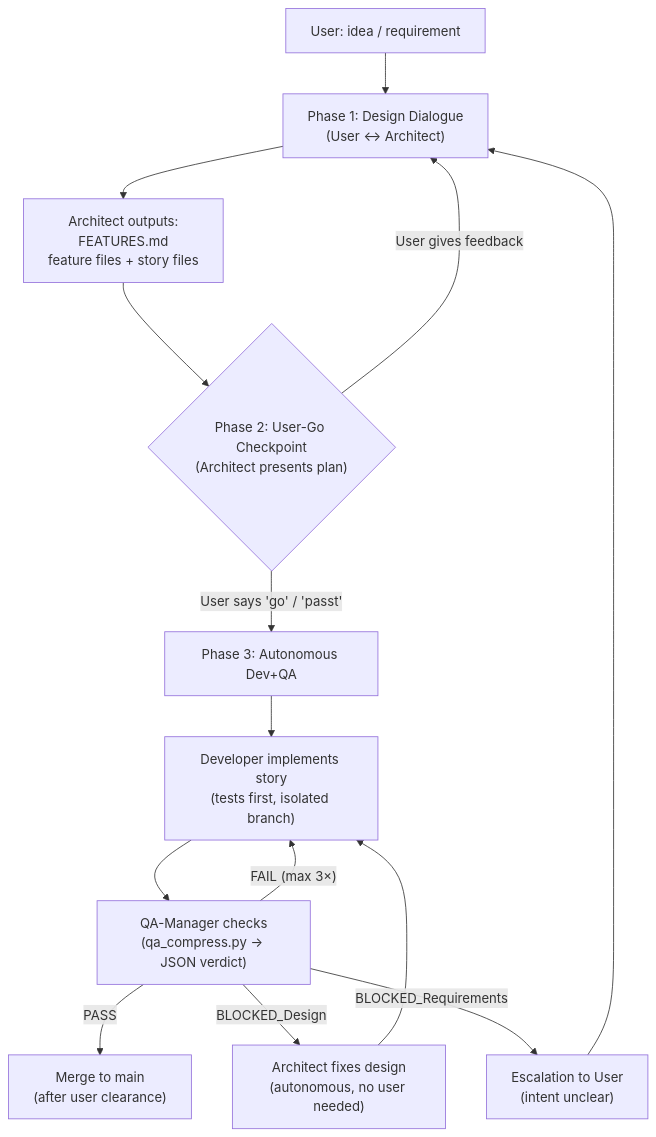
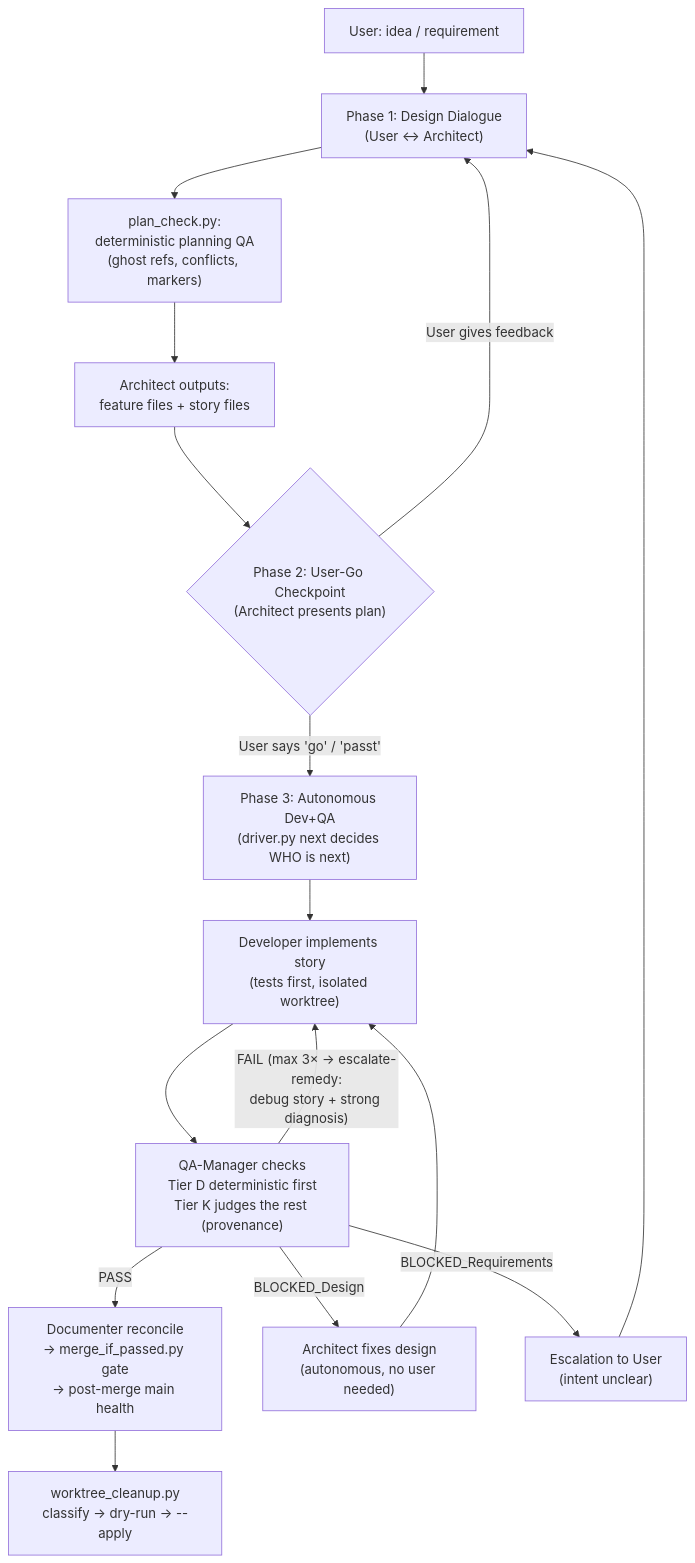
Before and after one commit to bachmarc/opencode-pipeline: the diagram in README.md, drawn with Mermaid. The commit also changed other lines of this file and 5 other files, not shown here.

````diff
--- a/README.md
+++ b/README.md
@@ -59,17 +59,19 @@
 ```mermaid
 flowchart TD
     A["User: idea / requirement"] --> B["Phase 1: Design Dialogue\n(User ↔ Architect)"]
-    B --> C["Architect outputs:\nFEATURES.md\nfeature files + story files"]
+    B --> B2["plan_check.py:\ndeterministic planning QA\n(ghost refs, conflicts, markers)"]
+    B2 --> C["Architect outputs:\nfeature files + story files"]
     C --> D{"Phase 2: User-Go Checkpoint\n(Architect presents plan)"}
-    D -- "User says 'go' / 'passt'" --> E["Phase 3: Autonomous Dev+QA"]
+    D -- "User says 'go' / 'passt'" --> E["Phase 3: Autonomous Dev+QA\n(driver.py next decides WHO is next)"]
     D -- "User gives feedback" --> B
 
-    E --> F["Developer implements story\n(tests first, isolated branch)"]
-    F --> G["QA-Manager checks\n(qa_compress.py → JSON verdict)"]
-    G -- "PASS" --> H["Merge to main\n(after user clearance)"]
-    G -- "FAIL (max 3×)" --> F
-    G -- "BLOCKED_Design" --> I["Architect fixes design\n(autonomous, no user needed)"]
-    I --> F
+    E --> F["Developer implements story\n(tests first, isolated worktree)"]
+    F --> G["QA-Manager checks\nTier D deterministic first\nTier K judges the rest (provenance)"]
+    G -- "PASS" --> H["Documenter reconcile\n→ merge_if_passed.py gate\n→ post-merge main health"]
+    H --> I["worktree_cleanup.py\nclassify → dry-run → --apply"]
+    G -- "FAIL (max 3× → escalate-remedy:\ndebug story + strong diagnosis)" --> F
+    G -- "BLOCKED_Design" --> K["Architect fixes design\n(autonomous, no user needed)"]
+    K --> F
     G -- "BLOCKED_Requirements" --> J["Escalation to User\n(intent unclear)"]
     J --> B
 ```
````
